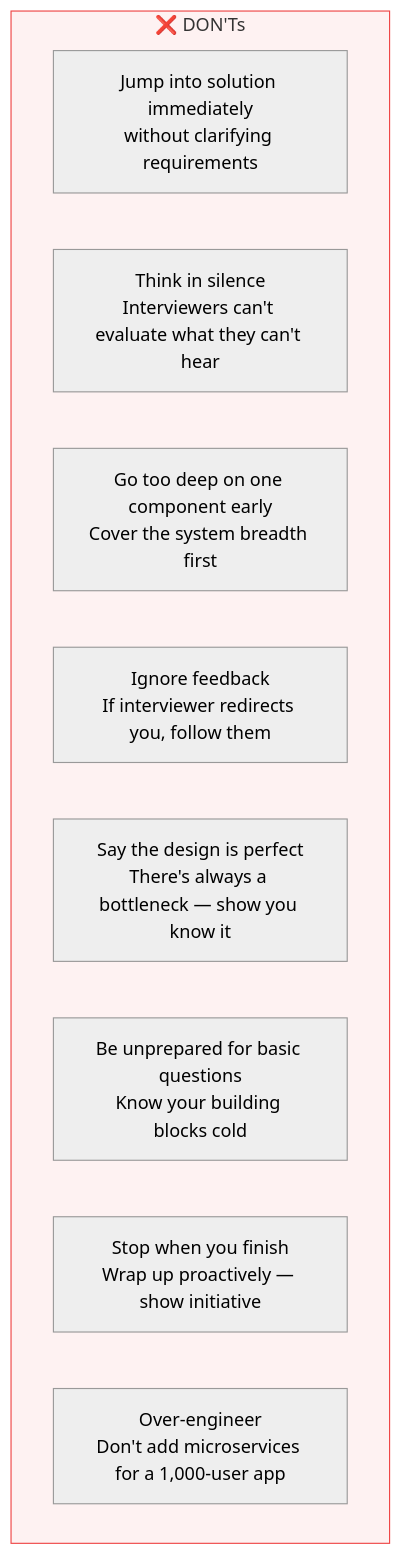
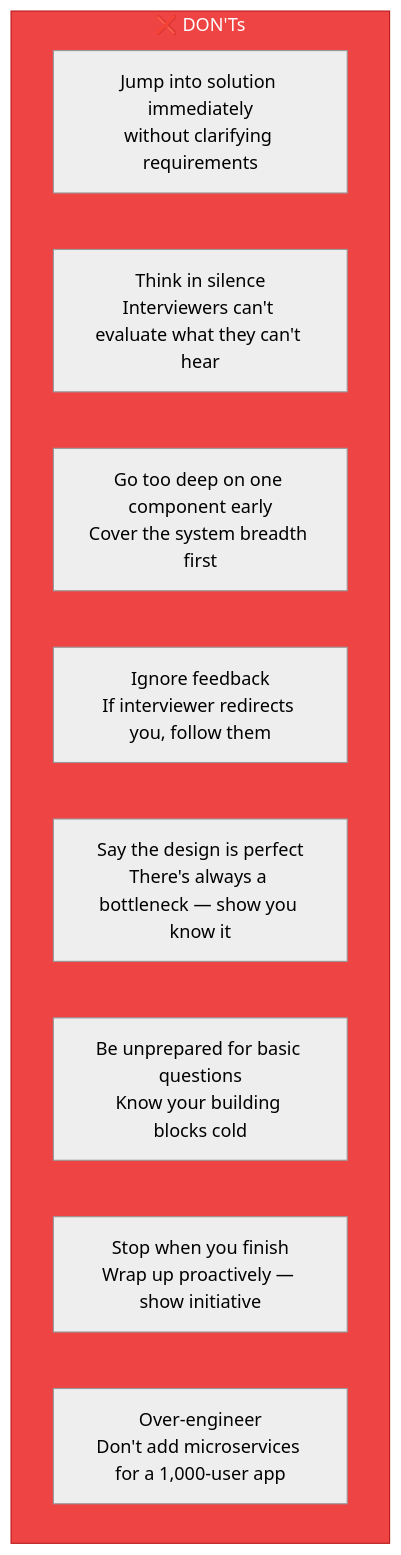
Diagram 16 of 18 in content/posts/2026/framework-for-system-design-interviews.md (devops-monk/system-design-blog), drawn with Mermaid (neutral theme) before and after one commit. The commit also changed other lines of this file and 5 other files, not shown here.

````diff
--- a/content/posts/2026/framework-for-system-design-interviews.md
+++ b/content/posts/2026/framework-for-system-design-interviews.md
@@ -663,15 +663,15 @@
 ```mermaid
 flowchart TD
     subgraph DONTS["❌ DON'Ts"]
         X1["Jump into solution immediately\nwithout clarifying requirements"]
         X2["Think in silence\nInterviewers can't evaluate what they can't hear"]
         X3["Go too deep on one component early\nCover the system breadth first"]
         X4["Ignore feedback\nIf interviewer redirects you, follow them"]
         X5["Say the design is perfect\nThere's always a bottleneck — show you know it"]
         X6["Be unprepared for basic questions\nKnow your building blocks cold"]
         X7["Stop when you finish\nWrap up proactively — show initiative"]
         X8["Over-engineer\nDon't add microservices for a 1,000-user app"]
     end
 
-    style DONTS fill:#FEF2F2,stroke:#EF4444
+    style DONTS fill:#EF4444,stroke:#B91C1C,color:#fff
 ```
````
